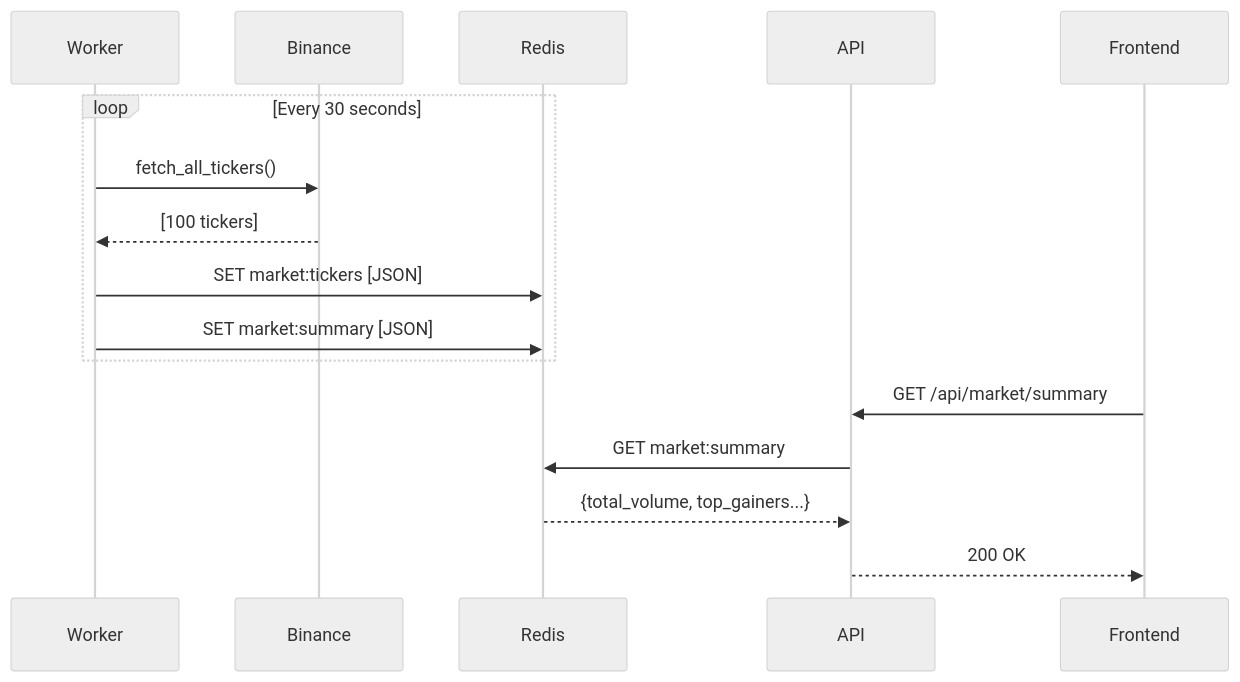
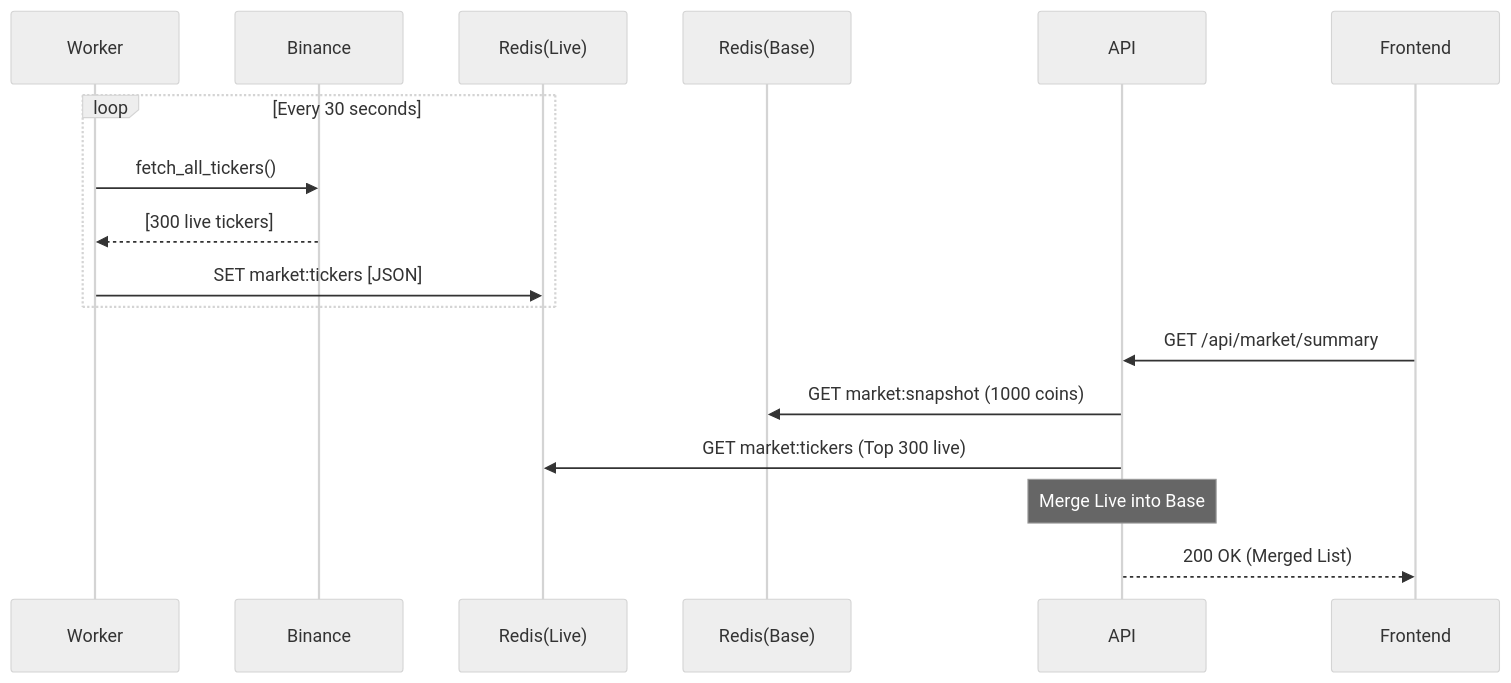
The third of 5 diagrams in docs/DATA_ARCHITECTURE.md (cipher-caster/argus), drawn with Mermaid (neutral theme) before and after one commit. The commit also changed other lines of this file and 258 other files, not shown here.

````diff
--- a/docs/DATA_ARCHITECTURE.md
+++ b/docs/DATA_ARCHITECTURE.md
@@ -61,20 +105,21 @@
 ```mermaid
 sequenceDiagram
     participant Worker
     participant Binance
-    participant Redis
+    participant Redis(Live)
+    participant Redis(Base)
     participant API
     participant Frontend
 
     loop Every 30 seconds
         Worker->>Binance: fetch_all_tickers()
-        Binance-->>Worker: [100 tickers]
-        Worker->>Redis: SET market:tickers [JSON]
-        Worker->>Redis: SET market:summary [JSON]
+        Binance-->>Worker: [300 live tickers]
+        Worker->>Redis(Live): SET market:tickers [JSON]
     end
 
     Frontend->>API: GET /api/market/summary
-    API->>Redis: GET market:summary
-    Redis-->>API: {total_volume, top_gainers...}
-    API-->>Frontend: 200 OK
+    API->>Redis(Base): GET market:snapshot (1000 coins)
+    API->>Redis(Live): GET market:tickers (Top 300 live)
+    Note over API: Merge Live into Base
+    API-->>Frontend: 200 OK (Merged List)
 ```
````
